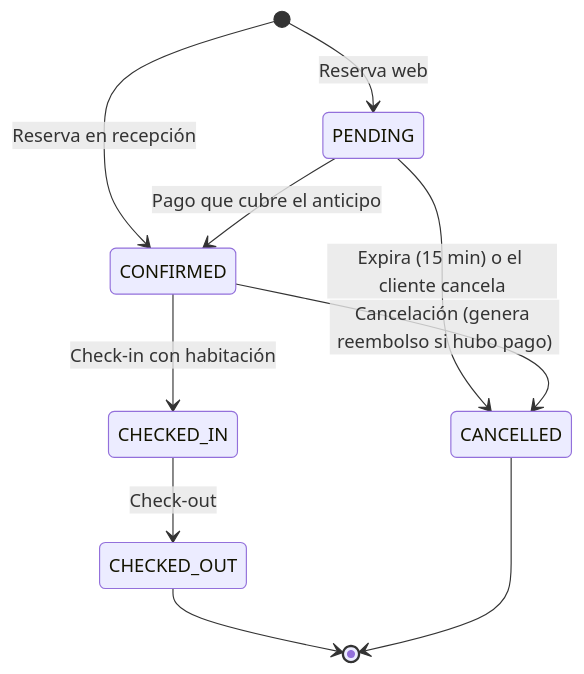
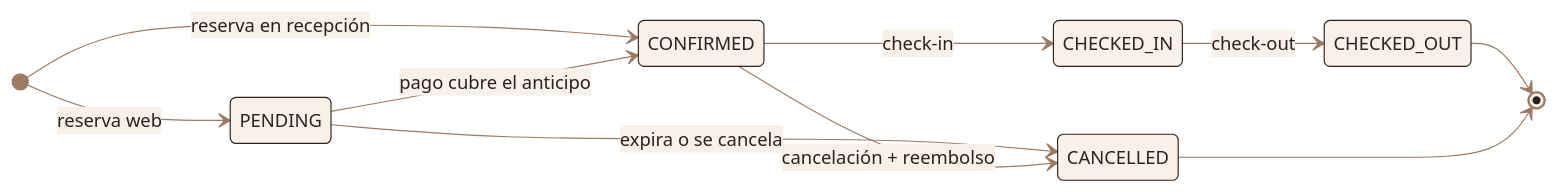
One commit to HotelGotitass/Hotel changed the fourth of 8 diagrams in README.md. Above: the diagram before and after it, drawn with Mermaid. The commit also changed other lines of this file, not shown here.

Commit message:
docs: rediseno del README con encabezado, tarjetas y diagramas con la paleta de marca

````diff
--- a/README.md
+++ b/README.md
@@ -86,12 +109,14 @@
 ```mermaid
+%%{init: {"theme":"base","themeVariables":{"primaryColor":"#F7F1E8","primaryTextColor":"#2E211B","primaryBorderColor":"#2E211B","lineColor":"#9C7A63","secondaryColor":"#ECA8D6","tertiaryColor":"#FBF8F3","edgeLabelBackground":"#F7F1E8","noteBkgColor":"#ECA8D6","noteTextColor":"#2E211B","noteBorderColor":"#2E211B","actorBkg":"#2E211B","actorTextColor":"#F7F1E8","actorBorder":"#2E211B","actorLineColor":"#9C7A63","signalColor":"#9C7A63","signalTextColor":"#9C7A63","labelBoxBkgColor":"#ECA8D6","labelTextColor":"#2E211B","loopTextColor":"#9C7A63","attributeBackgroundColorOdd":"#FBF8F3","attributeBackgroundColorEven":"#F7F1E8"}}}%%
 stateDiagram-v2
-    [*] --> PENDING: Reserva web
-    [*] --> CONFIRMED: Reserva en recepción
-    PENDING --> CONFIRMED: Pago que cubre el anticipo
-    PENDING --> CANCELLED: Expira (15 min) o el cliente cancela
-    CONFIRMED --> CHECKED_IN: Check-in con habitación
-    CONFIRMED --> CANCELLED: Cancelación (genera reembolso si hubo pago)
-    CHECKED_IN --> CHECKED_OUT: Check-out
+    direction LR
+    [*] --> PENDING: reserva web
+    [*] --> CONFIRMED: reserva en recepción
+    PENDING --> CONFIRMED: pago cubre el anticipo
+    PENDING --> CANCELLED: expira o se cancela
+    CONFIRMED --> CHECKED_IN: check-in
+    CONFIRMED --> CANCELLED: cancelación + reembolso
+    CHECKED_IN --> CHECKED_OUT: check-out
     CHECKED_OUT --> [*]
     CANCELLED --> [*]
 ```
````
